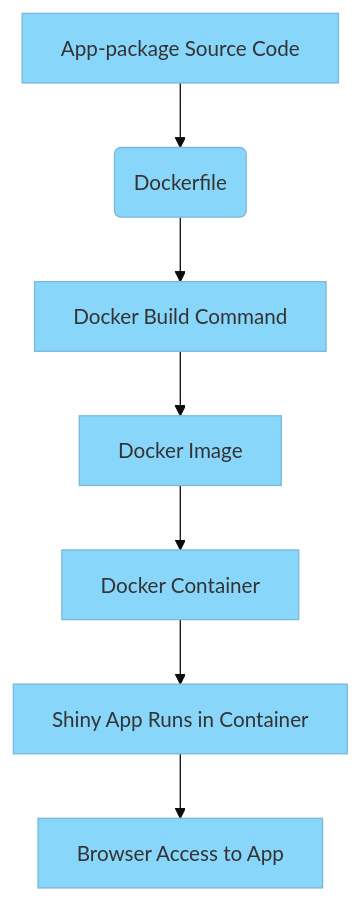
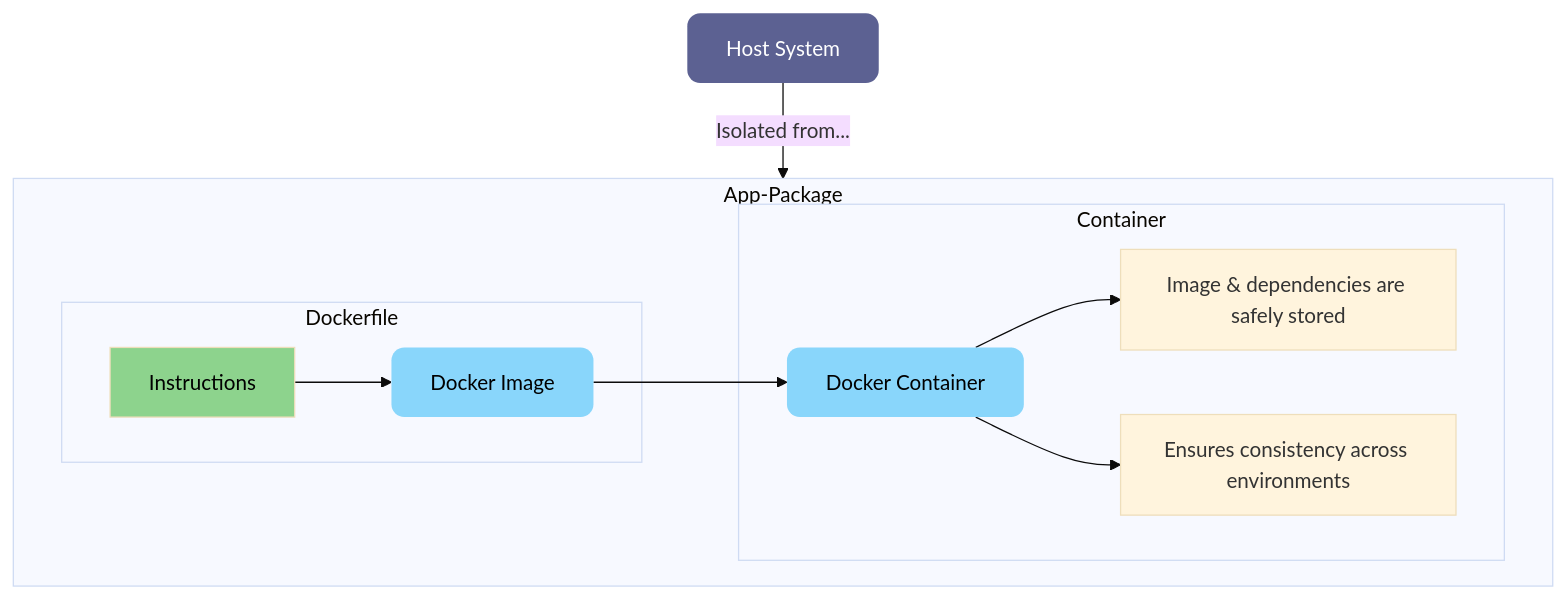
The diagram in docker.qmd (mjfrigaard/shiny-app-pkgs), drawn with Mermaid before and after one commit. The commit also changed other lines of this file and 196 other files, not shown here.

````diff
--- a/docker.qmd
+++ b/docker.qmd
@@ -112,14 +114,24 @@
 ```{mermaid}
 %%| fig-width: 6.5
 %%| fig-align: center
-%%{init: {'theme': 'base', 'themeVariables': { 'fontFamily': 'Ubuntu Mono', 'primaryColor': '#89D6FB', 'edgeLabelBackground':'#02577A'}}}%%
+%%{init: {'theme': 'base', 'themeVariables': { 'fontFamily': 'Inconsolata'}}}%%
 
-graph TD
-  A[App-package Source Code] --> B(Dockerfile)
-  B --> C[Docker Build Command]
-  C --> D[Docker Image]
-  D --> E[Docker Container]
-  E --> F[Shiny App Runs in Container]
-  F --> G[Browser Access to App]
+flowchart TB
+    subgraph App-Package
+        subgraph Dockerfile
+            A["Instructions"] --> B["Docker Image"]
+        end
+        subgraph Container
+            B --> C["Docker Container"]
+            C --> D["Image & dependencies are safely stored"]
+            C --> E["Ensures consistency across environments"]
+        end
+    end
+    F["Host System"] -->|Isolated from...| App-Package
 
+
+  style A fill:#8dd38d,color:#000000;
+  style B fill:#89D6FB,color:#000000,stroke:none,rx:10,ry:10;
+  style C fill:#89D6FB,color:#000000,stroke:none,rx:10,ry:10;
+  style F fill:#5c6192,color:#FFFFFF,stroke:none,rx:10,ry:10;
 ```
````
